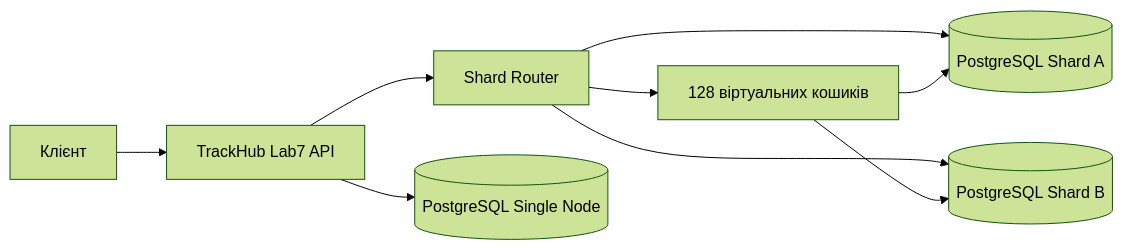
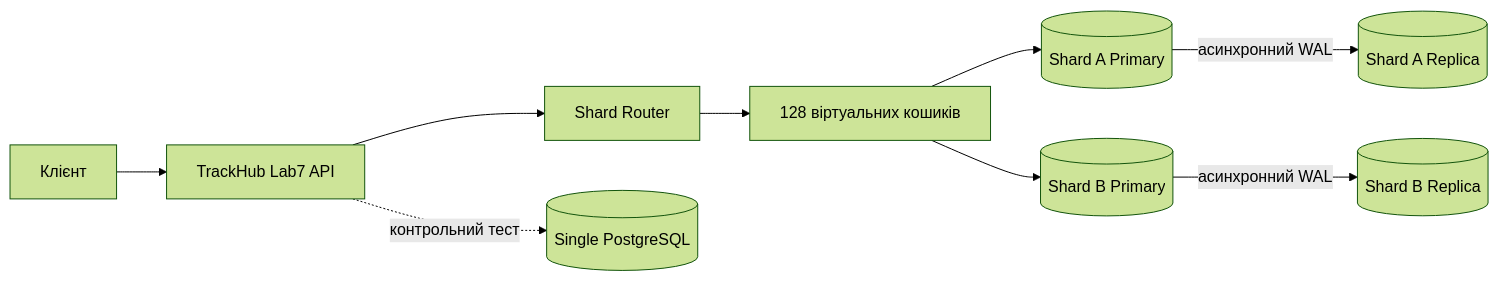
The diagram in docs/lab7/README.md (Vlad8800/DevOps), drawn with Mermaid (forest theme) before and after one commit. The commit also changed other lines of this file and 11 other files, not shown here.

````diff
--- a/docs/lab7/README.md
+++ b/docs/lab7/README.md
@@ -13,11 +13,11 @@
 ```mermaid
 flowchart LR
     Client[Клієнт] --> API[TrackHub Lab7 API]
     API --> Router[Shard Router]
-    Router --> A[(PostgreSQL Shard A)]
-    Router --> B[(PostgreSQL Shard B)]
-    API --> Single[(PostgreSQL Single Node)]
     Router --> Buckets[128 віртуальних кошиків]
-    Buckets --> A
-    Buckets --> B
+    Buckets --> A[(Shard A Primary)]
+    Buckets --> B[(Shard B Primary)]
+    A -->|асинхронний WAL| AR[(Shard A Replica)]
+    B -->|асинхронний WAL| BR[(Shard B Replica)]
+    API -. контрольний тест .-> Single[(Single PostgreSQL)]
 ```
````
